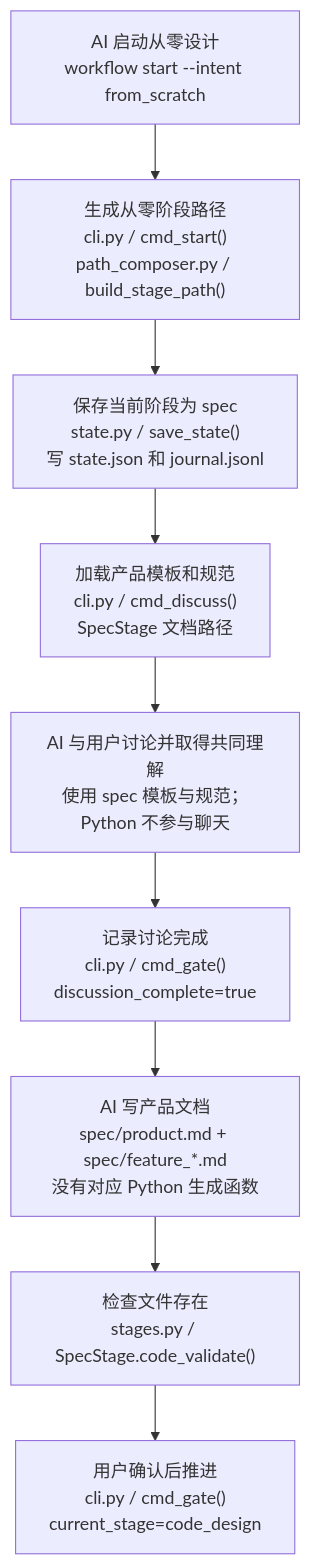
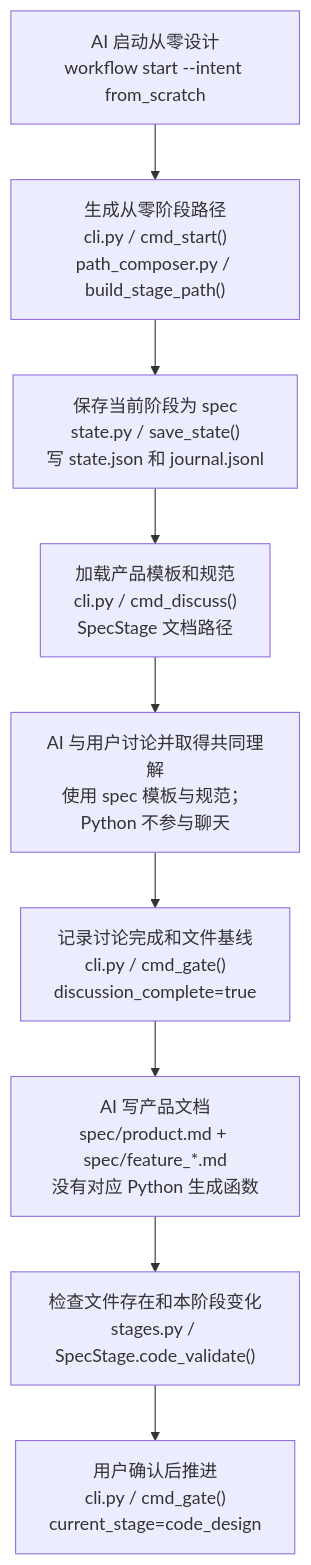
One commit to yuzyf/workflow_loop changed the second of 6 diagrams in spec/architecture_code_design.md. Above: the diagram before and after it, drawn with Mermaid. The commit also changed other lines of this file and 60 other files, not shown here.

````diff
--- a/spec/architecture_code_design.md
+++ b/spec/architecture_code_design.md
@@ -260,11 +277,11 @@
 ```mermaid
 flowchart TD
     A["AI 启动从零设计<br/>workflow start --intent from_scratch"] --> B["生成从零阶段路径<br/>cli.py / cmd_start()<br/>path_composer.py / build_stage_path()"]
     B --> C["保存当前阶段为 spec<br/>state.py / save_state()<br/>写 state.json 和 journal.jsonl"]
     C --> D["加载产品模板和规范<br/>cli.py / cmd_discuss()<br/>SpecStage 文档路径"]
     D --> E["AI 与用户讨论并取得共同理解<br/>使用 spec 模板与规范；Python 不参与聊天"]
-    E --> F["记录讨论完成<br/>cli.py / cmd_gate()<br/>discussion_complete=true"]
+    E --> F["记录讨论完成和文件基线<br/>cli.py / cmd_gate()<br/>discussion_complete=true"]
     F --> G["AI 写产品文档<br/>spec/product.md + spec/feature_*.md<br/>没有对应 Python 生成函数"]
-    G --> H["检查文件存在<br/>stages.py / SpecStage.code_validate()"]
+    G --> H["检查文件存在和本阶段变化<br/>stages.py / SpecStage.code_validate()"]
     H --> I["用户确认后推进<br/>cli.py / cmd_gate()<br/>current_stage=code_design"]
 ```
````
